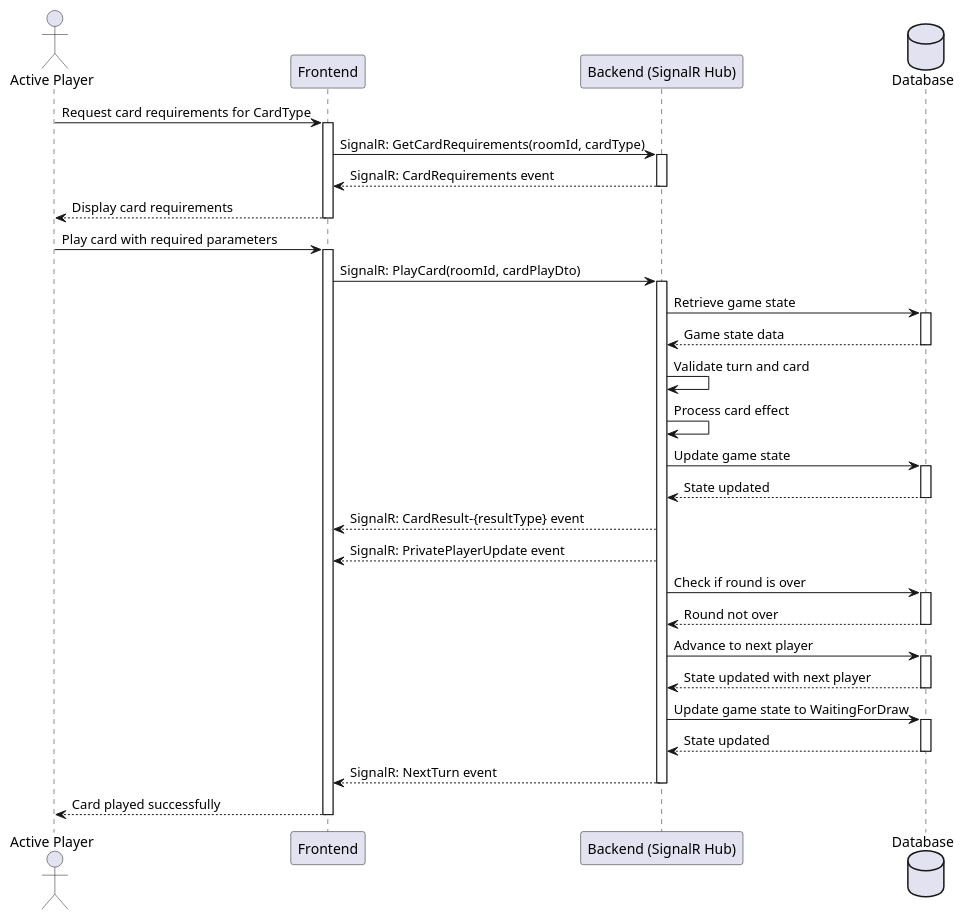
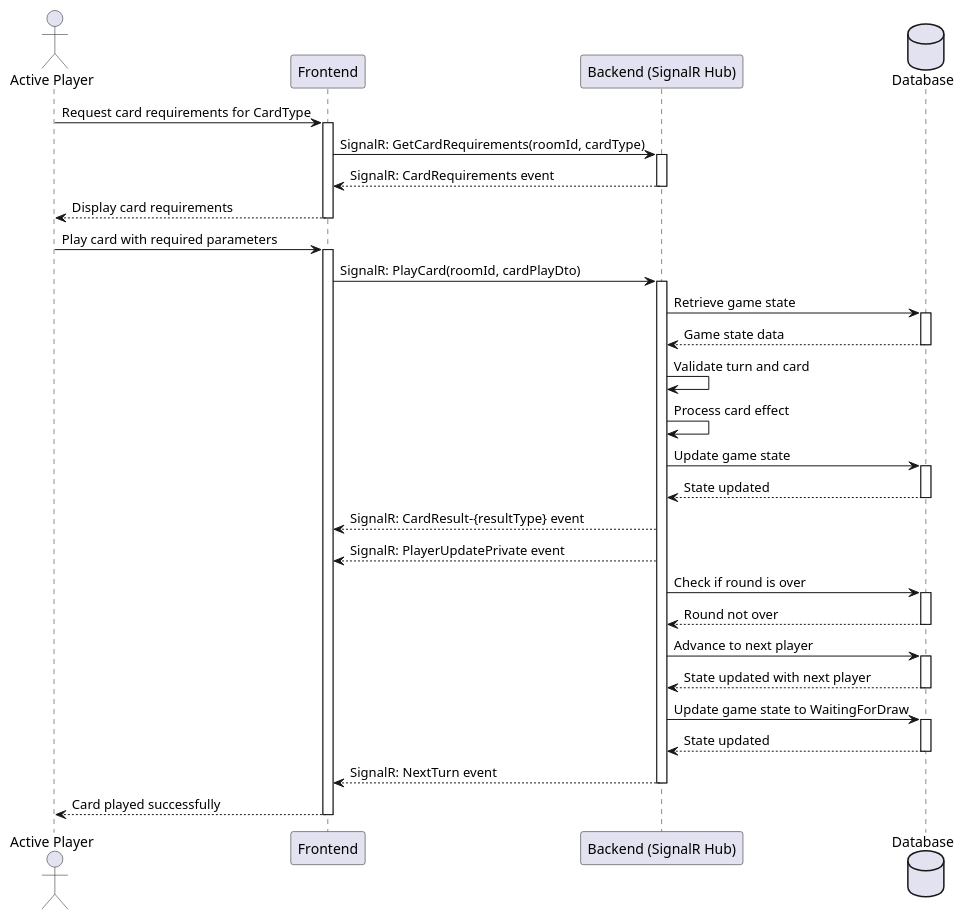
The diagram in docs/sequence_diagrams/generic_card_play_flow_happy_path.puml (cardoso42/cartas-de-amor), drawn with PlantUML before and after one commit. The commit also changed 26 other files, not shown here.

```diff
--- a/docs/sequence_diagrams/generic_card_play_flow_happy_path.puml
+++ b/docs/sequence_diagrams/generic_card_play_flow_happy_path.puml
@@ -1,61 +1,61 @@
 @startuml Generic Card Play Flow - Happy Path
 
 actor "Active Player" as Player
 participant "Frontend" as FE
 participant "Backend (SignalR Hub)" as API
 database "Database" as DB
 
 Player -> FE: Request card requirements for CardType
 activate FE
 FE -> API: SignalR: GetCardRequirements(roomId, cardType)
 activate API
 API --> FE: SignalR: CardRequirements event
 deactivate API
 FE --> Player: Display card requirements
 deactivate FE
 
 Player -> FE: Play card with required parameters
 activate FE
 FE -> API: SignalR: PlayCard(roomId, cardPlayDto)
 activate API
 
 API -> DB: Retrieve game state
 activate DB
 DB --> API: Game state data
 deactivate DB
 
 API -> API: Validate turn and card
 API -> API: Process card effect
 
 API -> DB: Update game state
 activate DB
 DB --> API: State updated
 deactivate DB
 
 API --> FE: SignalR: CardResult-{resultType} event
-API --> FE: SignalR: PrivatePlayerUpdate event
+API --> FE: SignalR: PlayerUpdatePrivate event
 
 API -> DB: Check if round is over
 activate DB
 DB --> API: Round not over
 deactivate DB
 
 API -> DB: Advance to next player
 activate DB
 DB --> API: State updated with next player
 deactivate DB
 
 API -> DB: Update game state to WaitingForDraw
 activate DB
 DB --> API: State updated
 deactivate DB
 
 API --> FE: SignalR: NextTurn event
 
 deactivate API
 
 FE --> Player: Card played successfully
 
 deactivate FE
 
 @enduml
```
